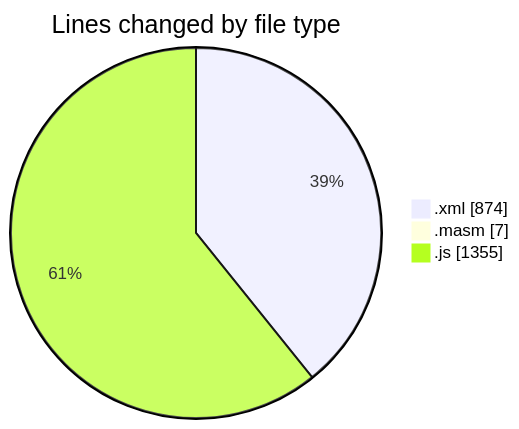
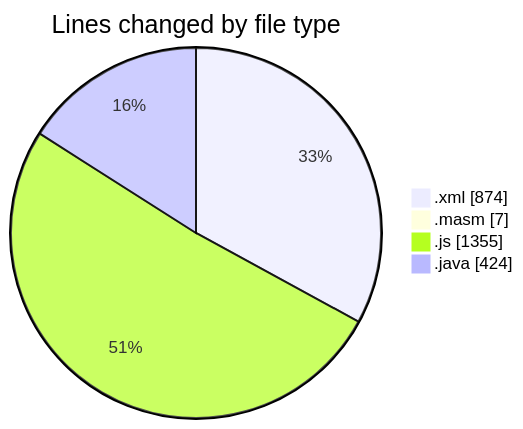
The first of 2 diagrams in 2025-03-11/jmasm/README.md (charlie-sans/code-tracking), drawn with Mermaid before and after one commit. The commit also changed other lines of this file and 1 other file, not shown here.

````diff
--- a/2025-03-11/jmasm/README.md
+++ b/2025-03-11/jmasm/README.md
@@ -22,7 +24,8 @@
 ```mermaid
 pie showData
 title Lines changed by file type
 ".xml" : 874
 ".masm" : 7
 ".js" : 1355
+".java" : 424
 ```
````
